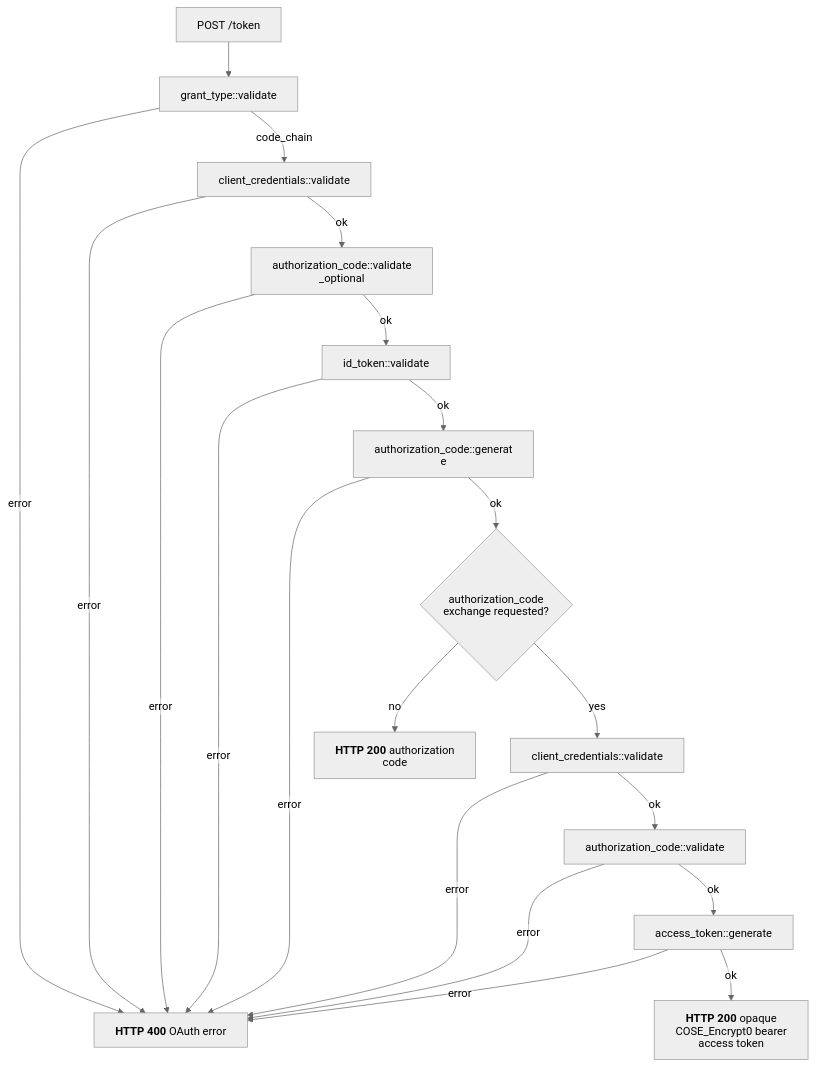
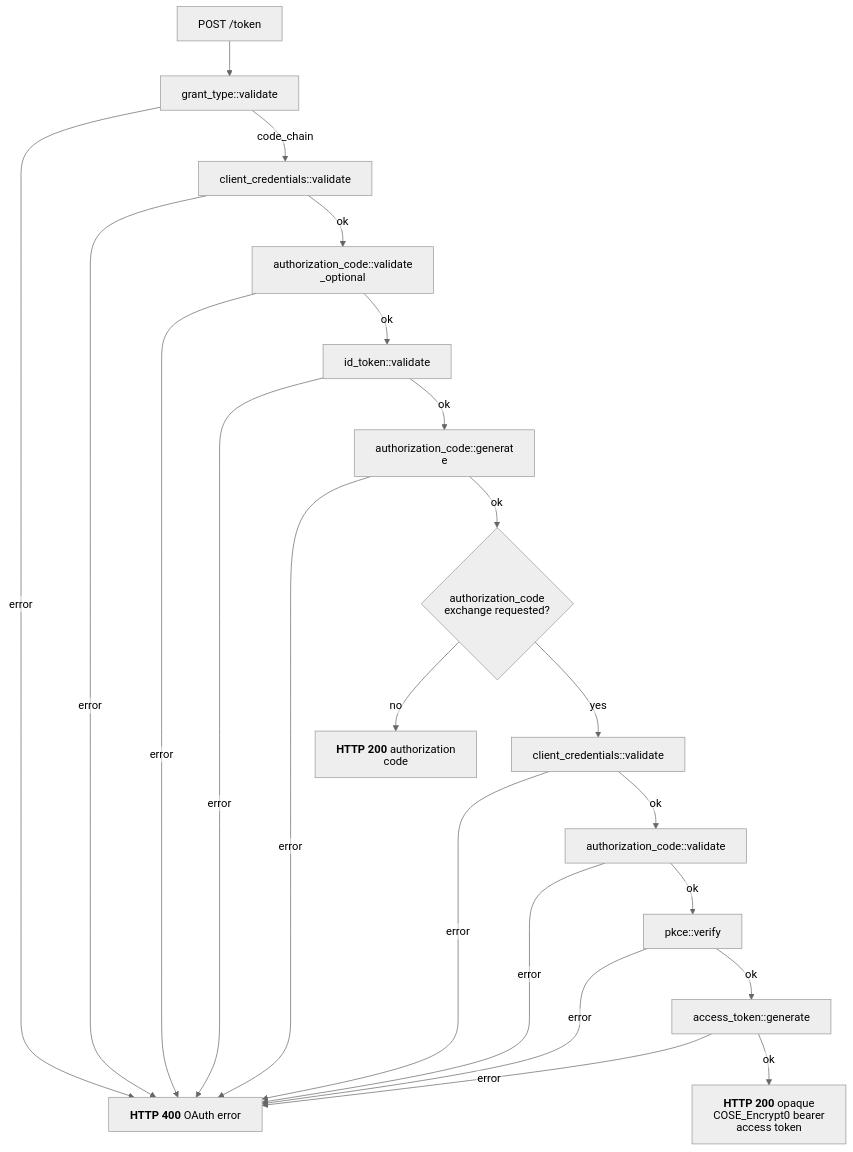
The diagram in docs/flows/oauth/code_chain.mmd (malach-it/kagome), drawn with Mermaid (neutral theme) before and after one commit. The commit also changed 38 other files, not shown here.

```diff
--- a/docs/flows/oauth/code_chain.mmd
+++ b/docs/flows/oauth/code_chain.mmd
@@ -1,21 +1,23 @@
 %%{init: {"htmlLabels": false, "flowchart": {"htmlLabels": false}}}%%
 flowchart TD
     start[POST /token] --> grant["grant_type::validate"]
     grant -- error --> oauth_error["`**HTTP 400** OAuth error`"]
     grant -- code_chain --> client["client_credentials::validate"]
     client -- error --> oauth_error
     client -- ok --> previous["authorization_code::validate_optional"]
     previous -- error --> oauth_error
     previous -- ok --> id_token["id_token::validate"]
     id_token -- error --> oauth_error
     id_token -- ok --> issue["authorization_code::generate"]
     issue -- error --> oauth_error
     issue -- ok --> combined{authorization_code exchange requested?}
     combined -- no --> code_success["`**HTTP 200** authorization code`"]
     combined -- yes --> exchange_client["client_credentials::validate"]
     exchange_client -- error --> oauth_error
     exchange_client -- ok --> exchange_code["authorization_code::validate"]
     exchange_code -- error --> oauth_error
-    exchange_code -- ok --> access["access_token::generate"]
+    exchange_code -- ok --> pkce["pkce::verify"]
+    pkce -- error --> oauth_error
+    pkce -- ok --> access["access_token::generate"]
     access -- error --> oauth_error
     access -- ok --> token_success["`**HTTP 200** opaque COSE_Encrypt0 bearer access token`"]
```
